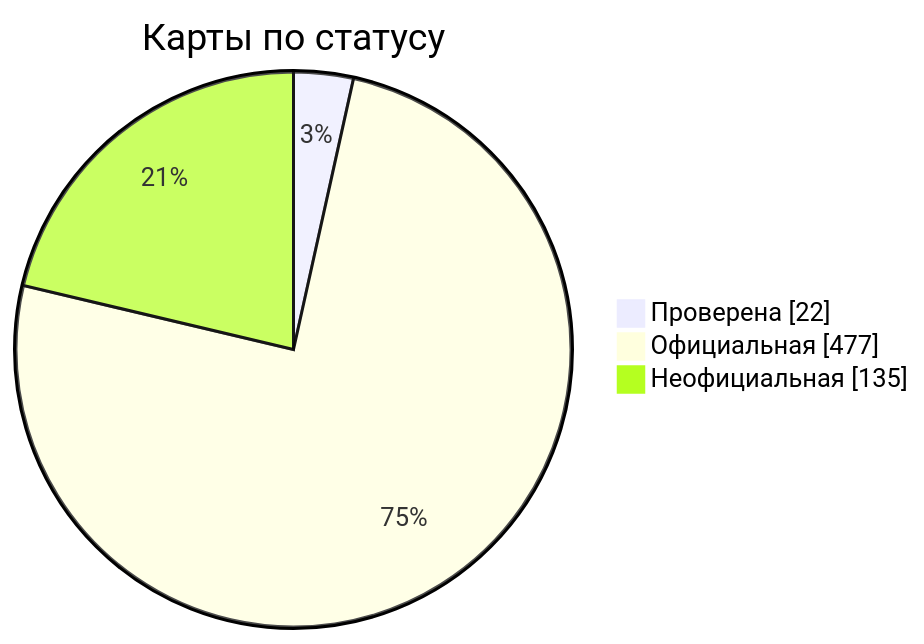
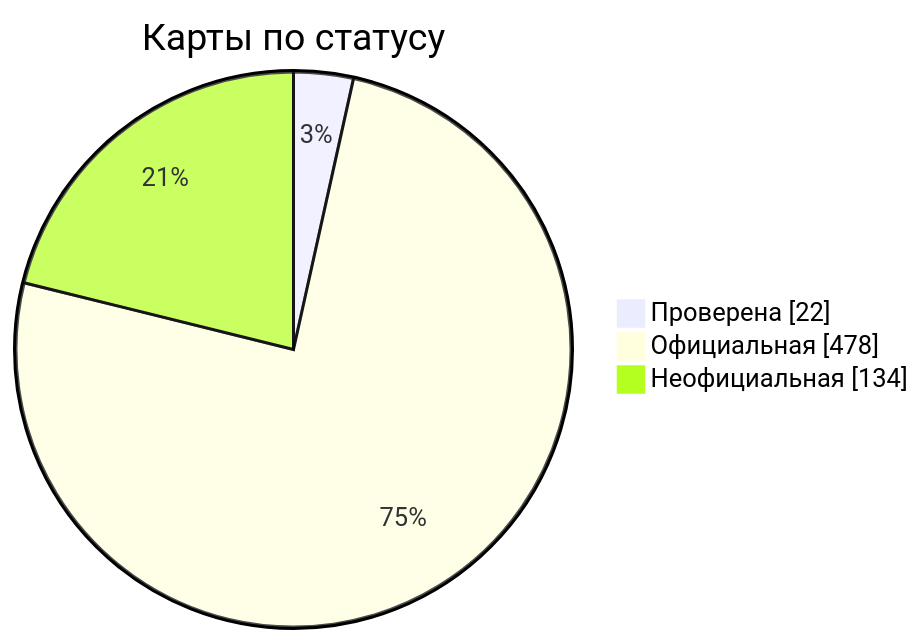
One commit to nobrega8/mbmap-library changed the diagram in docs/readme/README_RU.md. Above: the diagram before and after it, drawn with Mermaid. The commit also changed 6 other files, not shown here.

````diff
--- a/docs/readme/README_RU.md
+++ b/docs/readme/README_RU.md
@@ -54,7 +54,7 @@
 ```mermaid
 pie showData
     title Карты по статусу
     "Проверена" : 22
-    "Официальная" : 477
-    "Неофициальная" : 135
+    "Официальная" : 478
+    "Неофициальная" : 134
 ```
````
